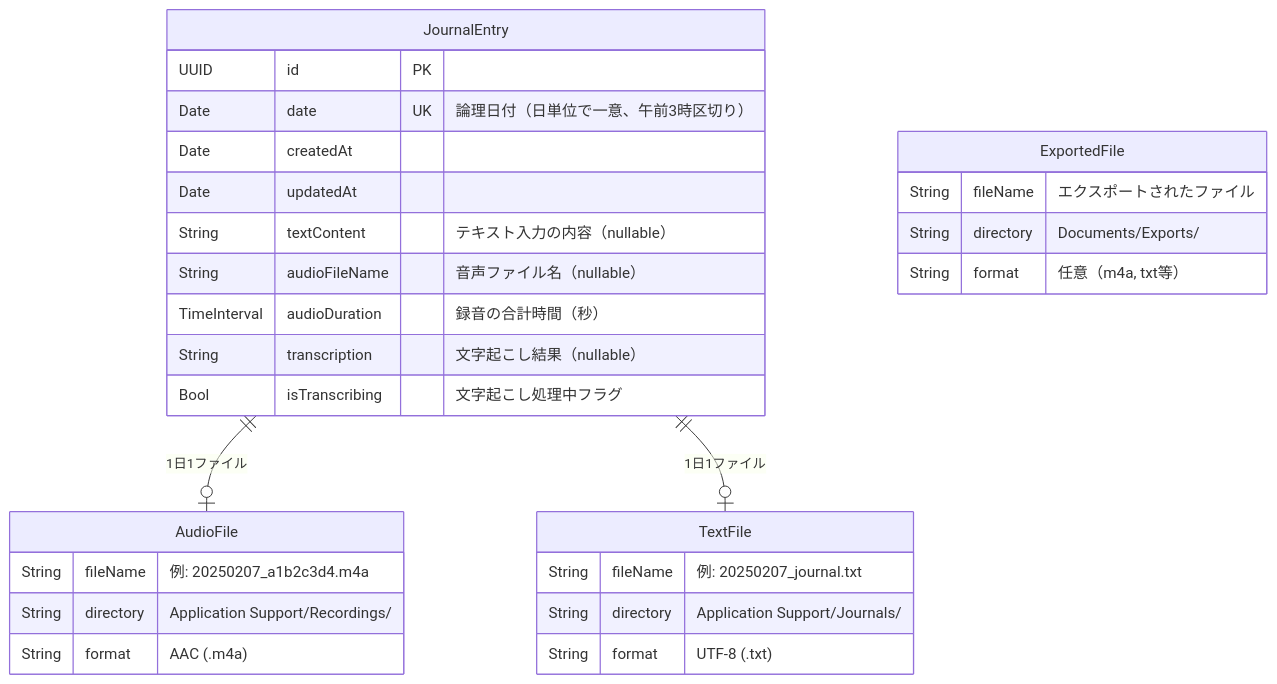
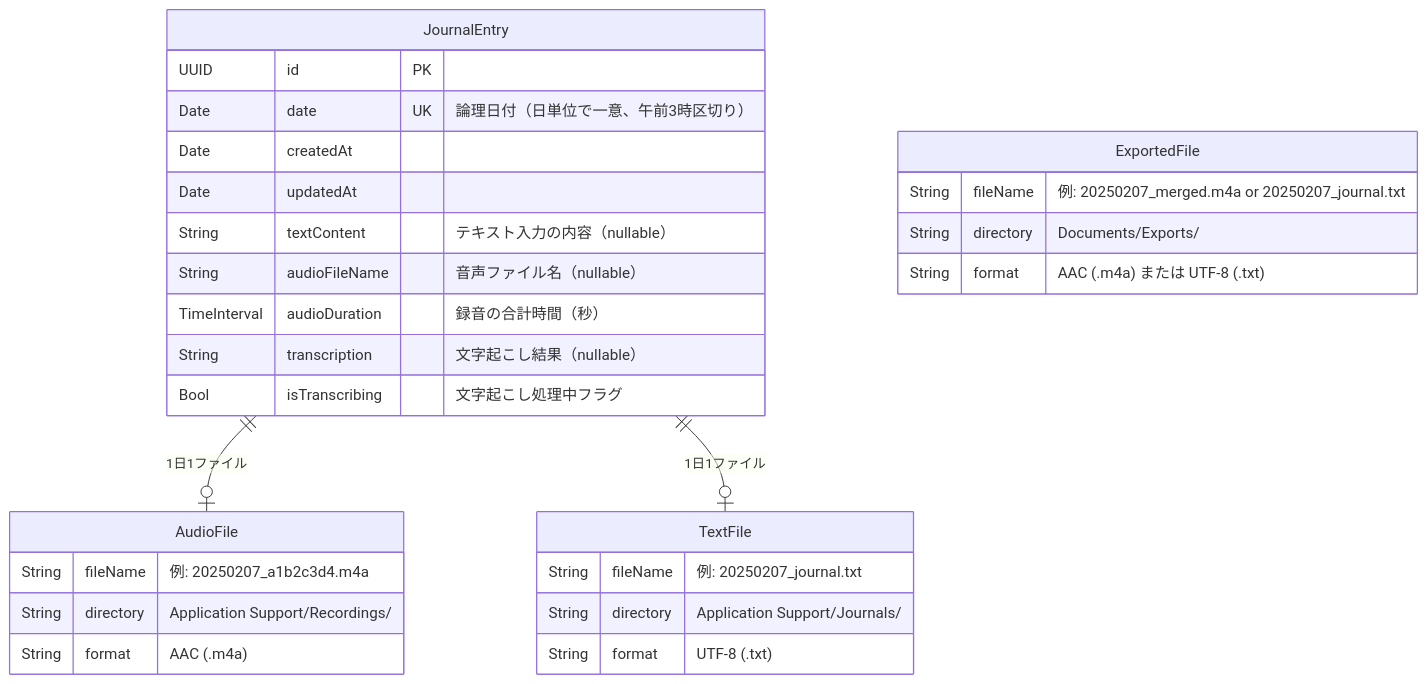
One commit to sy-hash/mind-echo changed the diagram in docs/design-prompt.md. Above: the diagram before and after it, drawn with Mermaid. The commit also changed other lines of this file, not shown here.

Commit message:
Address code review feedback: improve ExportedFile details and separate cleanup events

````diff
--- a/docs/design-prompt.md
+++ b/docs/design-prompt.md
@@ -46,35 +46,35 @@
 ```mermaid
 erDiagram
     JournalEntry {
         UUID id PK
         Date date UK "論理日付（日単位で一意、午前3時区切り）"
         Date createdAt
         Date updatedAt
         String textContent "テキスト入力の内容（nullable）"
         String audioFileName "音声ファイル名（nullable）"
         TimeInterval audioDuration "録音の合計時間（秒）"
         String transcription "文字起こし結果（nullable）"
         Bool isTranscribing "文字起こし処理中フラグ"
     }
 
     JournalEntry ||--o| AudioFile : "1日1ファイル"
     JournalEntry ||--o| TextFile : "1日1ファイル"
 
     AudioFile {
         String fileName "例: 20250207_a1b2c3d4.m4a"
         String directory "Application Support/Recordings/"
         String format "AAC (.m4a)"
     }
 
     TextFile {
         String fileName "例: 20250207_journal.txt"
         String directory "Application Support/Journals/"
         String format "UTF-8 (.txt)"
     }
 
     ExportedFile {
-        String fileName "エクスポートされたファイル"
+        String fileName "例: 20250207_merged.m4a or 20250207_journal.txt"
         String directory "Documents/Exports/"
-        String format "任意（m4a, txt等）"
+        String format "AAC (.m4a) または UTF-8 (.txt)"
     }
 ```
````
